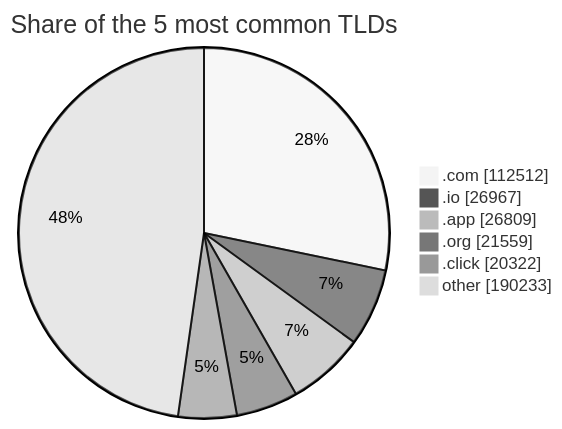
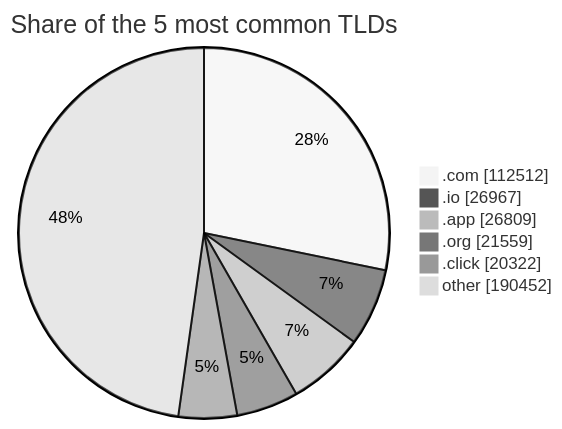
One commit to DNSBunker/CTI changed the third of 3 diagrams in README.md. Above: the diagram before and after it, drawn with Mermaid (neutral theme). The commit also changed other lines of this file and 3 other files, not shown here.

````diff
--- a/README.md
+++ b/README.md
@@ -81,9 +81,9 @@
 ```mermaid
 pie showData title Share of the 5 most common TLDs
     ".com" : 112512
     ".io" : 26967
     ".app" : 26809
     ".org" : 21559
     ".click" : 20322
-    "other" : 190233
+    "other" : 190452
 ```
````
